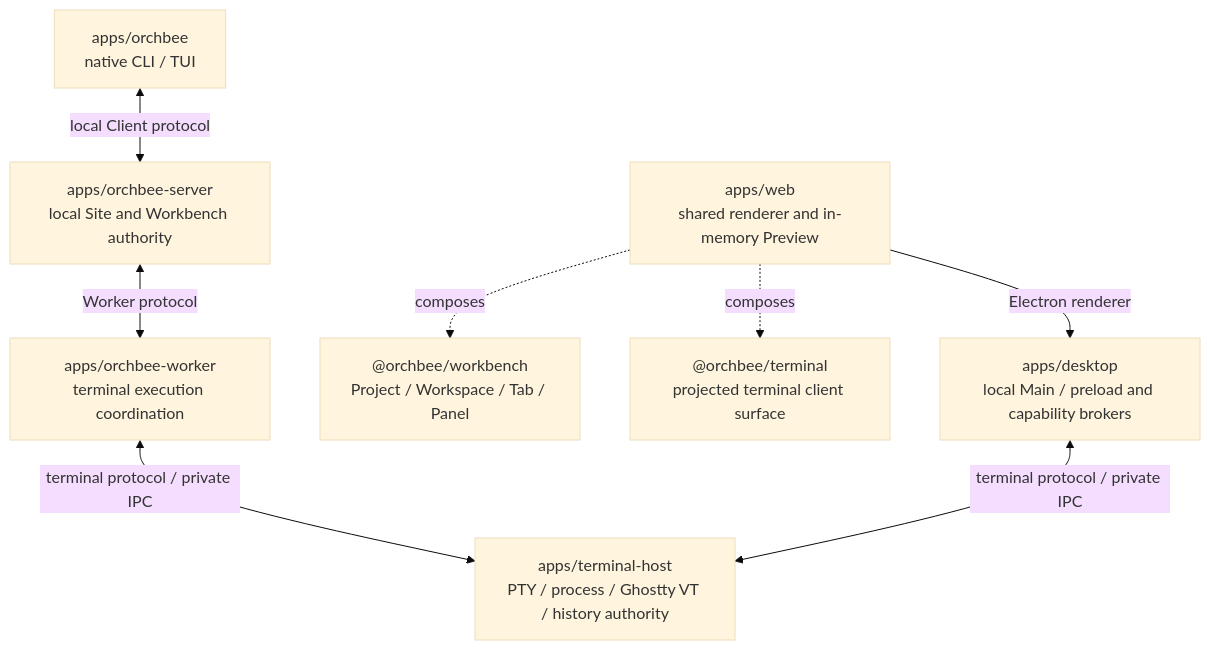
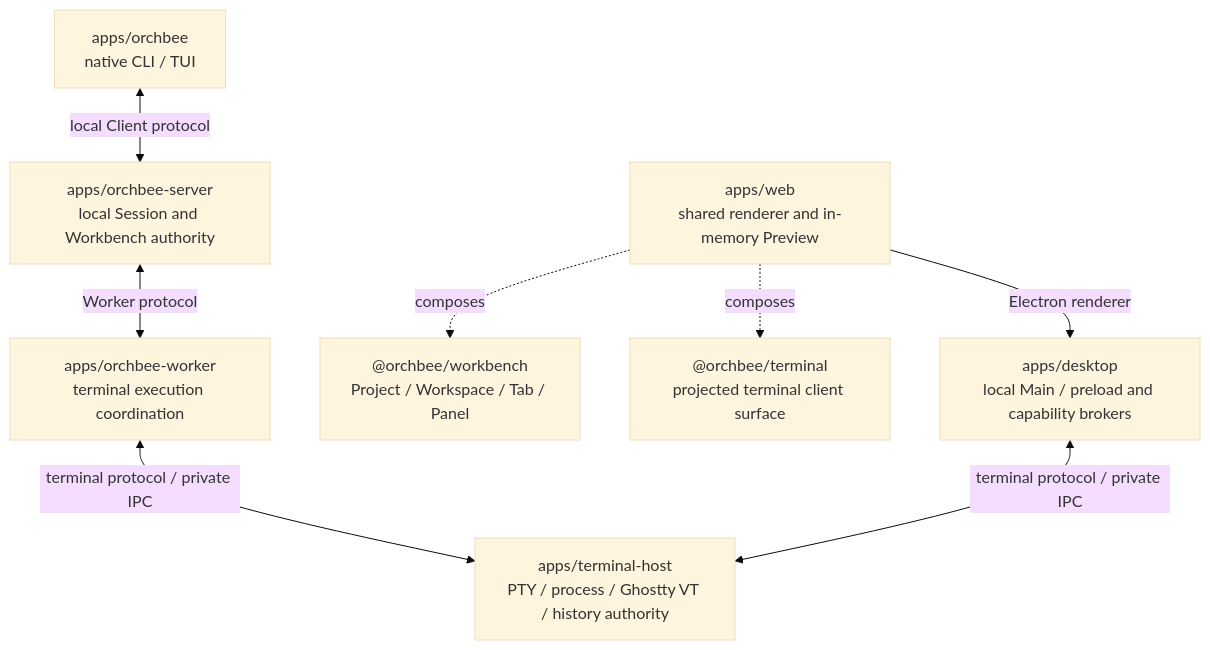
Before and after one commit to i-need-token/orchbee: the diagram in docs/ARCHITECTURE.md, drawn with Mermaid (base theme). The commit also changed other lines of this file and 8 other files, not shown here.

````diff
--- a/docs/ARCHITECTURE.md
+++ b/docs/ARCHITECTURE.md
@@ -19,10 +21,10 @@
 ```mermaid
 flowchart TB
- Native["apps/orchbee<br/>native CLI / TUI"] <-->|"local Client protocol"| Server["apps/orchbee-server<br/>local Site and Workbench authority"]
+ Native["apps/orchbee<br/>native CLI / TUI"] <-->|"local Client protocol"| Server["apps/orchbee-server<br/>local Session and Workbench authority"]
  Server <-->|"Worker protocol"| Worker["apps/orchbee-worker<br/>terminal execution coordination"]
  Worker <-->|"terminal protocol / private IPC"| Host["apps/terminal-host<br/>PTY / process / Ghostty VT / history authority"]
  Web["apps/web<br/>shared renderer and in-memory Preview"] -. "composes" .-> Workbench["@orchbee/workbench<br/>Project / Workspace / Tab / Panel"]
  Web -. "composes" .-> Terminal["@orchbee/terminal<br/>projected terminal client surface"]
  Web -->|"Electron renderer"| Desktop["apps/desktop<br/>local Main / preload and capability brokers"]
  Desktop <-->|"terminal protocol / private IPC"| Host
 ```
````
